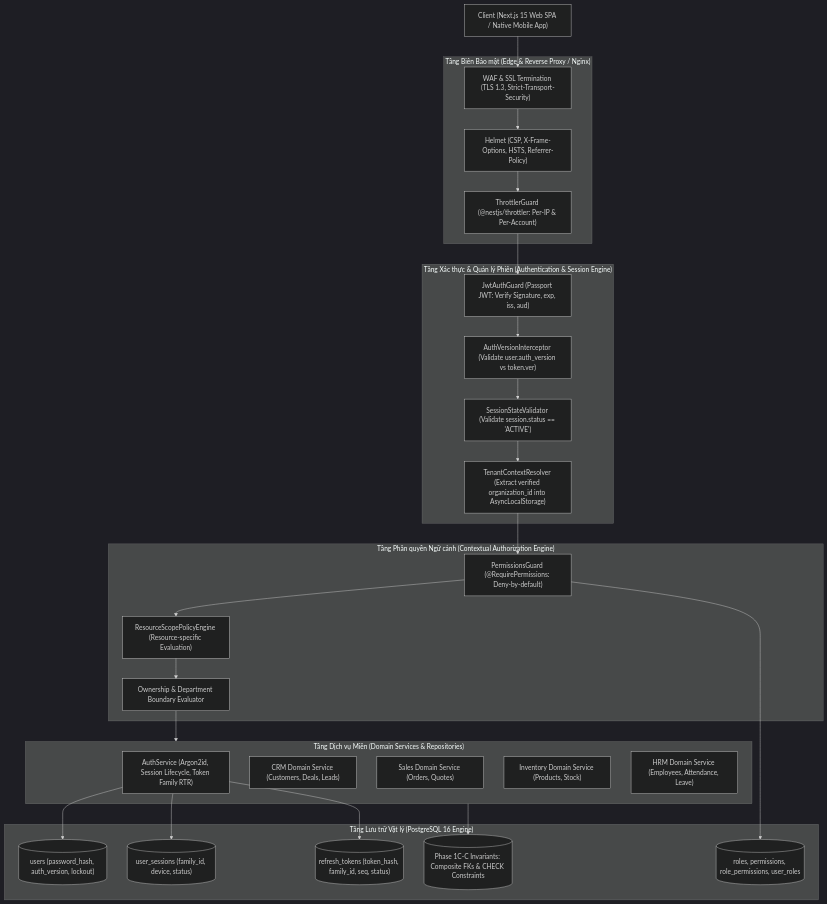
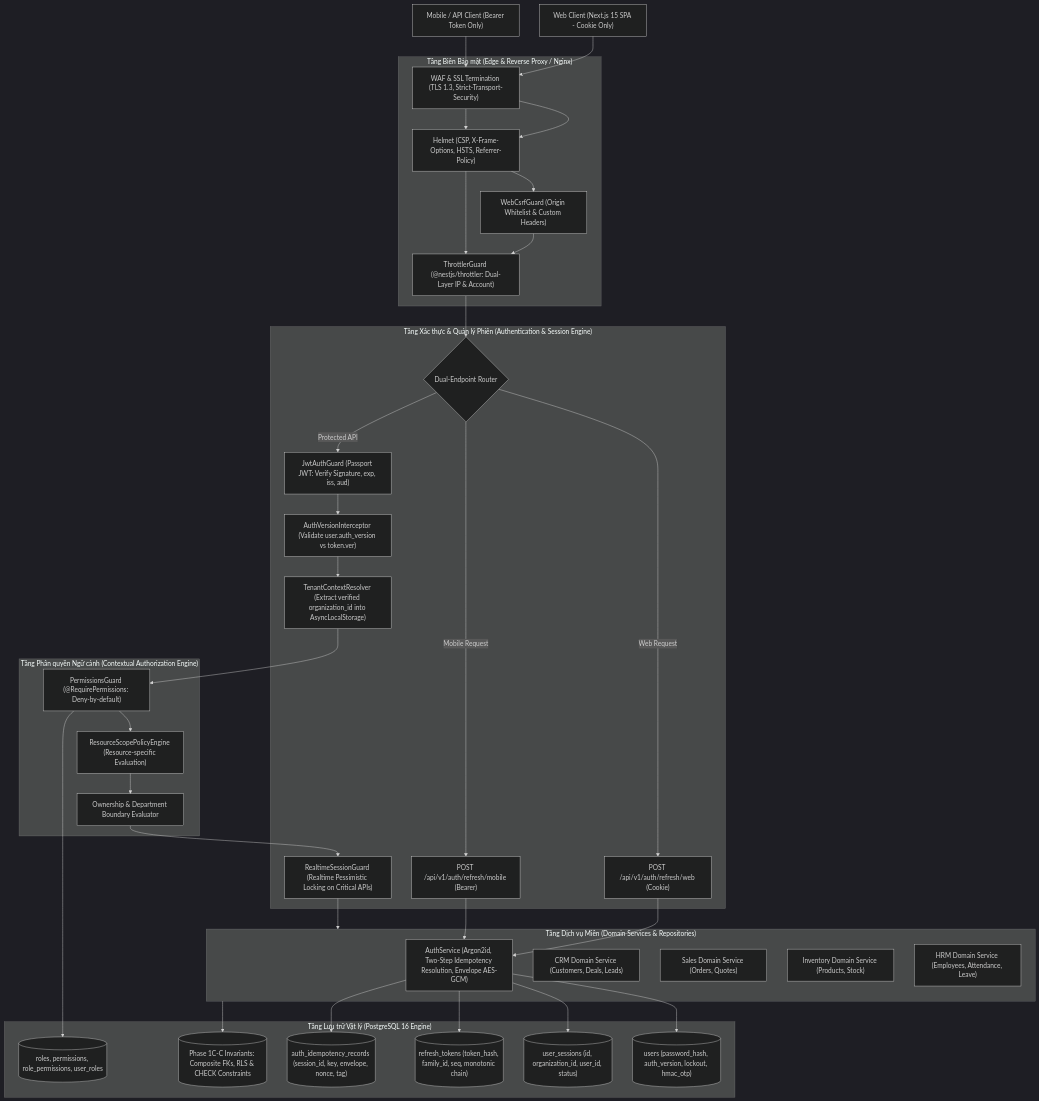
The first of 2 diagrams in docs/PHASE_1D_ARCHITECTURE_BLUEPRINT.md (ntrungz0704/bizpro), drawn with Mermaid (dark theme) before and after one commit. The commit also changed other lines of this file and 334 other files, not shown here.

First line of the commit message:
feat(audit): complete full repository cleanup, architecture audit, and system consistency

````diff
--- a/docs/PHASE_1D_ARCHITECTURE_BLUEPRINT.md
+++ b/docs/PHASE_1D_ARCHITECTURE_BLUEPRINT.md
@@ -14,49 +14,60 @@
 ```mermaid
 graph TD
-    Client["Client (Next.js 15 Web SPA / Native Mobile App)"]
+    ClientWeb["Web Client (Next.js 15 SPA - Cookie Only)"]
+    ClientMobile["Mobile / API Client (Bearer Token Only)"]
     
     subgraph Edge_Security["Tầng Biên Bảo mật (Edge & Reverse Proxy / Nginx)"]
         WAF["WAF & SSL Termination (TLS 1.3, Strict-Transport-Security)"]
-        RateLimiter["ThrottlerGuard (@nestjs/throttler: Per-IP & Per-Account)"]
+        RateLimiter["ThrottlerGuard (@nestjs/throttler: Dual-Layer IP & Account)"]
+        CsrfGuard["WebCsrfGuard (Origin Whitelist & Custom Headers)"]
         SecurityHeaders["Helmet (CSP, X-Frame-Options, HSTS, Referrer-Policy)"]
     end
 
     subgraph Authentication_Layer["Tầng Xác thực & Quản lý Phiên (Authentication & Session Engine)"]
+        DualEndpointRouter{"Dual-Endpoint Router"}
+        WebRefresh["POST /api/v1/auth/refresh/web (Cookie)"]
+        MobileRefresh["POST /api/v1/auth/refresh/mobile (Bearer)"]
         JwtGuard["JwtAuthGuard (Passport JWT: Verify Signature, exp, iss, aud)"]
         AuthVersionValidator["AuthVersionInterceptor (Validate user.auth_version vs token.ver)"]
-        SessionValidator["SessionStateValidator (Validate session.status == 'ACTIVE')"]
+        RealtimeSessionGuard["RealtimeSessionGuard (Realtime Pessimistic Locking on Critical APIs)"]
         TenantResolver["TenantContextResolver (Extract verified organization_id into AsyncLocalStorage)"]
     end
 
     subgraph Authorization_Layer["Tầng Phân quyền Ngữ cảnh (Contextual Authorization Engine)"]
         PermGuard["PermissionsGuard (@RequirePermissions: Deny-by-default)"]
         ResourceScopePolicy["ResourceScopePolicyEngine (Resource-specific Evaluation)"]
         OwnershipBoundary["Ownership & Department Boundary Evaluator"]
     end
 
     subgraph Domain_Services["Tầng Dịch vụ Miền (Domain Services & Repositories)"]
-        AuthService["AuthService (Argon2id, Session Lifecycle, Token Family RTR)"]
+        AuthService["AuthService (Argon2id, Two-Step Idempotency Resolution, Envelope AES-GCM)"]
         CRMService["CRM Domain Service (Customers, Deals, Leads)"]
         SalesService["Sales Domain Service (Orders, Quotes)"]
         InventoryService["Inventory Domain Service (Products, Stock)"]
         HRMService["HRM Domain Service (Employees, Attendance, Leave)"]
     end
 
     subgraph Storage_Layer["Tầng Lưu trữ Vật lý (PostgreSQL 16 Engine)"]
-        UsersTbl[("users (password_hash, auth_version, lockout)")]
-        SessionsTbl[("user_sessions (family_id, device, status)")]
-        RefreshTokensTbl[("refresh_tokens (token_hash, family_id, seq, status)")]
+        UsersTbl[("users (password_hash, auth_version, lockout, hmac_otp)")]
+        SessionsTbl[("user_sessions (id, organization_id, user_id, status)")]
+        RefreshTokensTbl[("refresh_tokens (token_hash, family_id, seq, monotonic chain)")]
+        IdempotencyTbl[("auth_idempotency_records (session_id, key, envelope, nonce, tag)")]
         RbacTbls[("roles, permissions, role_permissions, user_roles")]
-        CompositeFKs[("Phase 1C-C Invariants: Composite FKs & CHECK Constraints")]
+        CompositeFKs[("Phase 1C-C Invariants: Composite FKs, RLS & CHECK Constraints")]
     end
 
-    Client --> WAF --> SecurityHeaders --> RateLimiter
-    RateLimiter --> JwtGuard --> AuthVersionValidator --> SessionValidator --> TenantResolver
+    ClientWeb --> WAF --> SecurityHeaders --> CsrfGuard --> RateLimiter
+    ClientMobile --> WAF --> SecurityHeaders --> RateLimiter
+    RateLimiter --> DualEndpointRouter
+    DualEndpointRouter -- "Web Request" --> WebRefresh --> AuthService
+    DualEndpointRouter -- "Mobile Request" --> MobileRefresh --> AuthService
+    DualEndpointRouter -- "Protected API" --> JwtGuard --> AuthVersionValidator --> TenantResolver
     TenantResolver --> PermGuard --> ResourceScopePolicy --> OwnershipBoundary
-    OwnershipBoundary --> Domain_Services
+    OwnershipBoundary --> RealtimeSessionGuard --> Domain_Services
     AuthService --> UsersTbl
     AuthService --> SessionsTbl
     AuthService --> RefreshTokensTbl
+    AuthService --> IdempotencyTbl
     PermGuard --> RbacTbls
     Domain_Services --> CompositeFKs
 ```
````
